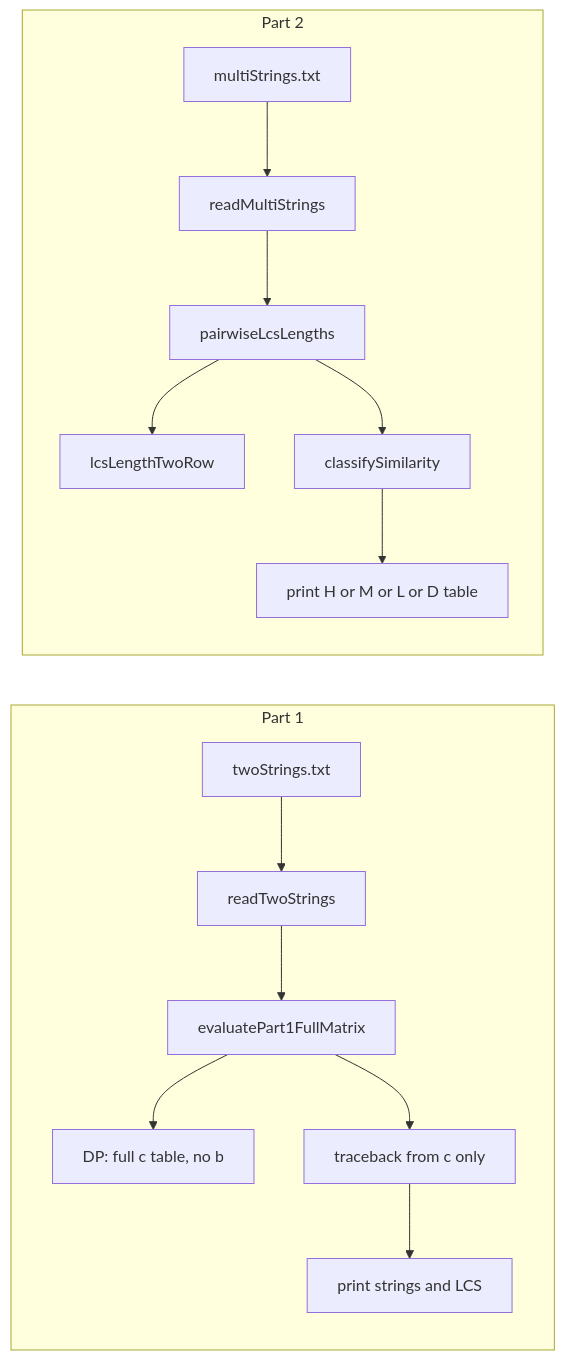
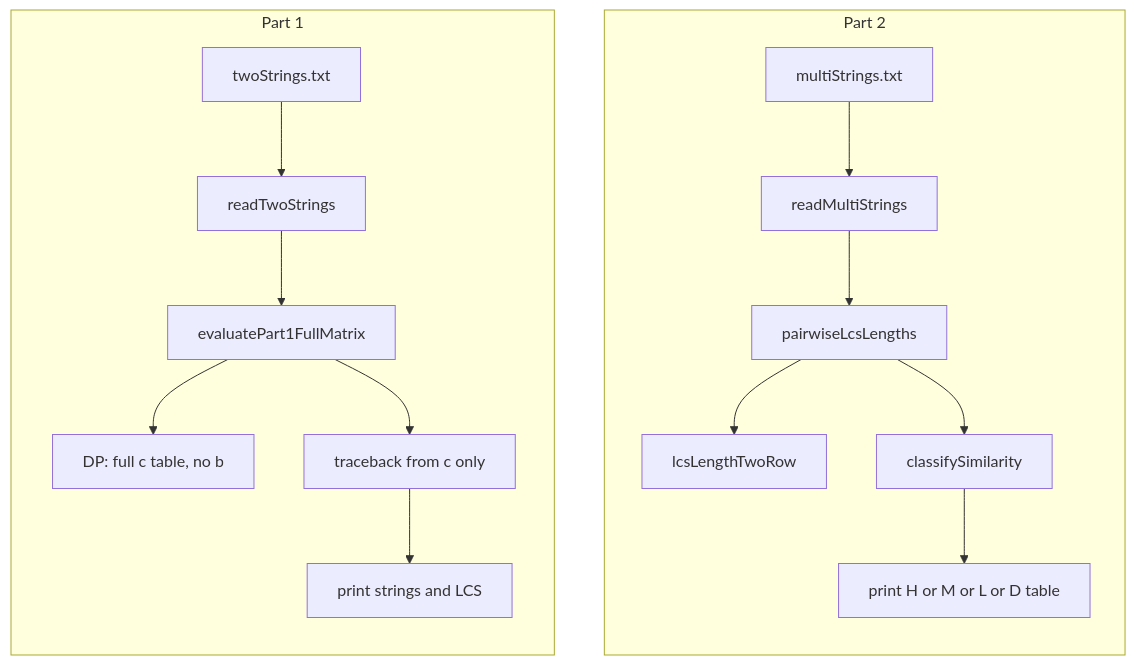
The second of 2 diagrams in UMLDiagram.md (donsteponmyeezy/longest-common-subsequence-evaluator), drawn with Mermaid before and after one commit.

Commit message:
update uml

````diff
--- a/UMLDiagram.md
+++ b/UMLDiagram.md
@@ -41,20 +41,19 @@
 ```mermaid
 flowchart LR
     subgraph P1["Part 1"]
-        T[twoStrings.txt]
-        T --> R1[readTwoStrings]
+        T[twoStrings.txt] --> R1[readTwoStrings]
         R1 --> E1[evaluatePart1FullMatrix]
         E1 --> C1["DP: full c table, no b"]
         E1 --> TB[traceback from c only]
         TB --> O1[print strings and LCS]
     end
 
     subgraph P2["Part 2"]
-        M[multiStrings.txt]
-        M --> R2[readMultiStrings]
+        M[multiStrings.txt] --> R2[readMultiStrings]
         R2 --> PW[pairwiseLcsLengths]
         PW --> TR[lcsLengthTwoRow]
         PW --> SIM[classifySimilarity]
         SIM --> O2[print H or M or L or D table]
     end
+    P1 ~~~ P2
 ```
````
